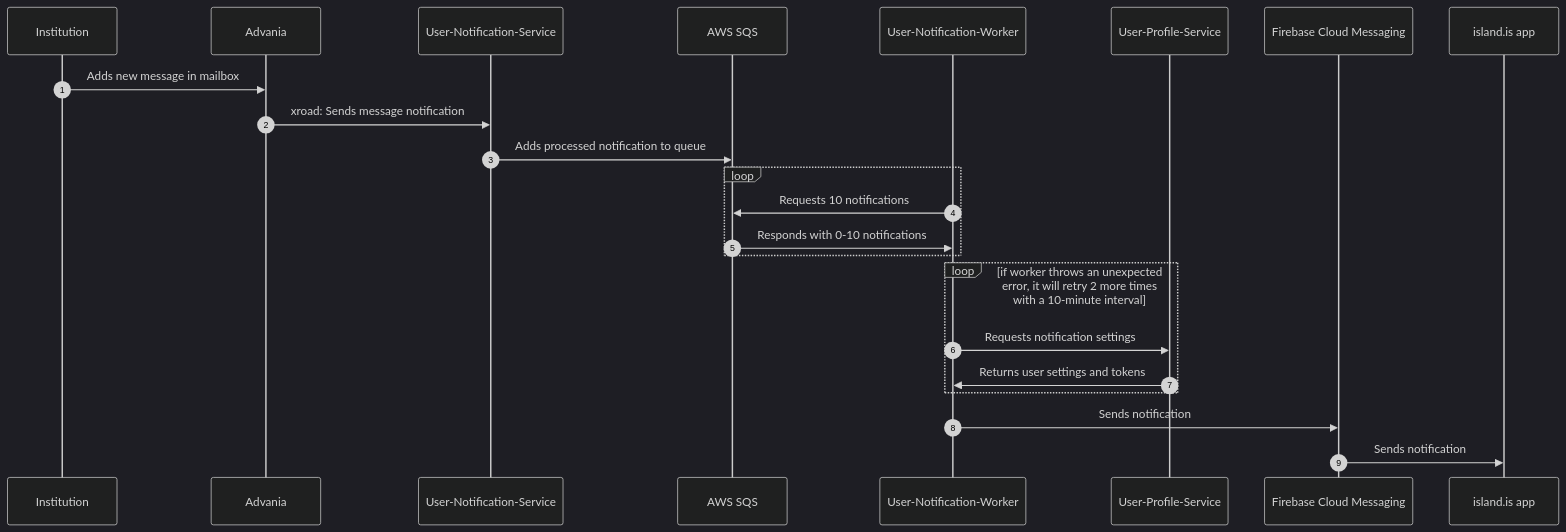
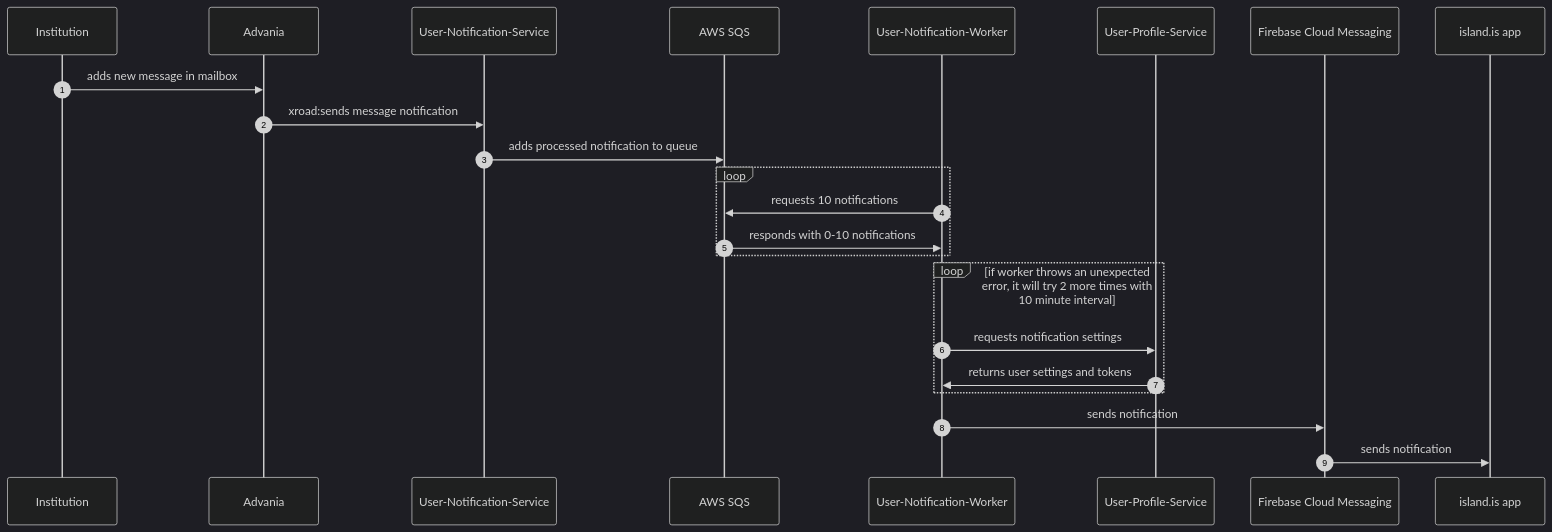
Before and after one commit to island-is/island.is: the diagram in libs/message-queue/README.md, drawn with Mermaid (dark theme). The commit also changed other lines of this file and 452 other files, not shown here.

````diff
--- a/libs/message-queue/README.md
+++ b/libs/message-queue/README.md
@@ -118,17 +115,17 @@
 ```mermaid
 sequenceDiagram
     autonumber
-    Institution->>Advania: Adds new message in mailbox
-    Advania->>User-Notification-Service: xroad: Sends message notification
-    User-Notification-Service->>AWS SQS: Adds processed notification to queue
+    Institution->>Advania:adds new message in mailbox
+    Advania->>User-Notification-Service:xroad:sends message notification
+    User-Notification-Service->>AWS SQS:adds processed notification to queue
     loop
-    User-Notification-Worker->>AWS SQS: Requests 10 notifications
-    AWS SQS->>User-Notification-Worker: Responds with 0-10 notifications
+    User-Notification-Worker->>AWS SQS:requests 10 notifications
+    AWS SQS->>User-Notification-Worker:responds with 0-10 notifications
     end
-    loop if worker throws an unexpected error, it will retry 2 more times with a 10-minute interval
-    User-Notification-Worker->>User-Profile-Service: Requests notification settings
-    User-Profile-Service->>User-Notification-Worker: Returns user settings and tokens
+    loop if worker throws an unexpected error, it will try 2 more times with 10 minute interval
+    User-Notification-Worker->>User-Profile-Service:requests notification settings
+    User-Profile-Service->>User-Notification-Worker:returns user settings and tokens
     end
-    User-Notification-Worker->>Firebase Cloud Messaging: Sends notification
-    Firebase Cloud Messaging->>island.is app: Sends notification
+    User-Notification-Worker->>Firebase Cloud Messaging: sends notification
+    Firebase Cloud Messaging->>island.is app:sends notification
 ```
````
